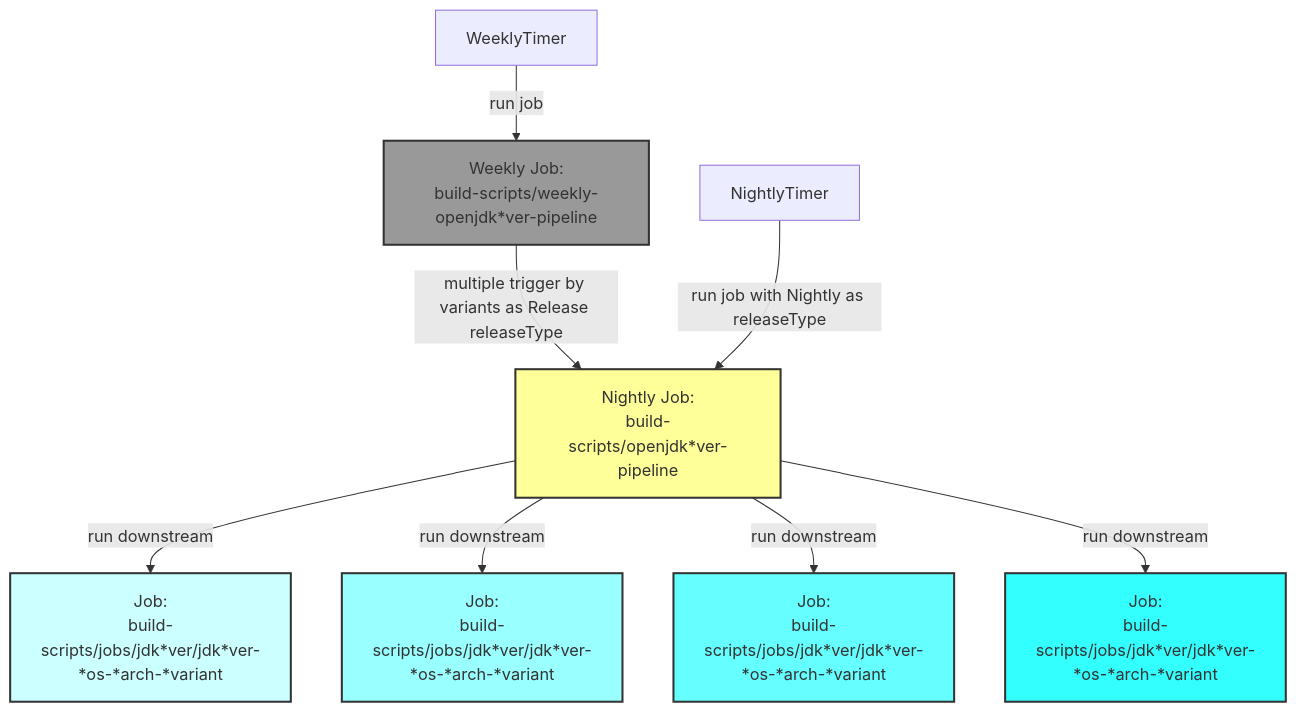
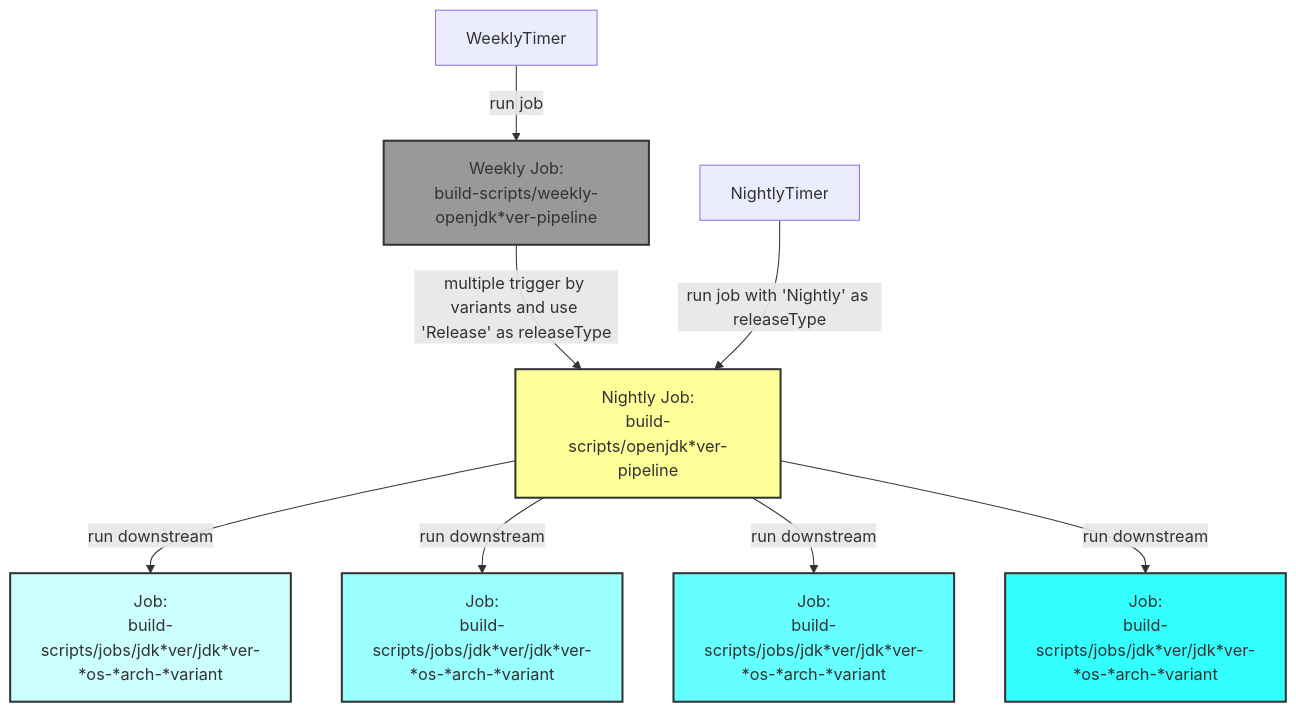
Before and after one commit to adoptium/ci-jenkins-pipelines: the first of 10 diagrams in docs/diagram.md, drawn with Mermaid. The commit also changed other lines of this file and 1 other file, not shown here.

Commit message:
docs: update diagram for prototype and remotetrigger

````diff
--- a/docs/diagram.md
+++ b/docs/diagram.md
@@ -5,29 +7,29 @@
 ```mermaid
 
 flowchart TD
 
 WeeklyTimer --run job--> PipelineW["Weekly Job:\nbuild-scripts/weekly-openjdk*ver-pipeline"]
 
-PipelineW --multiple trigger by variants as Release releaseType--> PipelineN["Nightly Job:\nbuild-scripts/openjdk*ver-pipeline"]
+PipelineW --multiple trigger by variants and use 'Release' as releaseType--> PipelineN["Nightly Job:\nbuild-scripts/openjdk*ver-pipeline"]
 
-NightlyTimer --run job with Nightly as releaseType--> PipelineN
+NightlyTimer --run job with 'Nightly' as releaseType--> PipelineN
 
 PipelineN --run downstream--> DS1["Job:\nbuild-scripts/jobs/jdk*ver/jdk*ver-*os-*arch-*variant"]
 PipelineN --run downstream--> DS2["Job:\nbuild-scripts/jobs/jdk*ver/jdk*ver-*os-*arch-*variant"]
 PipelineN --run downstream --> DS3["Job:\nbuild-scripts/jobs/jdk*ver/jdk*ver-*os-*arch-*variant"]
 PipelineN --run downstream --> DS12["Job:\nbuild-scripts/jobs/jdk*ver/jdk*ver-*os-*arch-*variant"]
 
 classDef yellow fill:#ffff99,stroke:#333,stroke-width:2px
 classDef grey fill:#999999,stroke:#333,stroke-width:2px
 classDef c1 fill:#ccffff,stroke:#333,stroke-width:2px
 classDef c2 fill:#99ffff,stroke:#333,stroke-width:2px
 classDef c3 fill:#66ffff,stroke:#333,stroke-width:2px
 classDef c12 fill:#33ffff,stroke:#333,stroke-width:2px
 class PipelineW grey
 class PipelineN yellow
 class DS1 c1
 class DS2 c2
 class DS3 c3
 class DS12 c12
 
 ```
````
